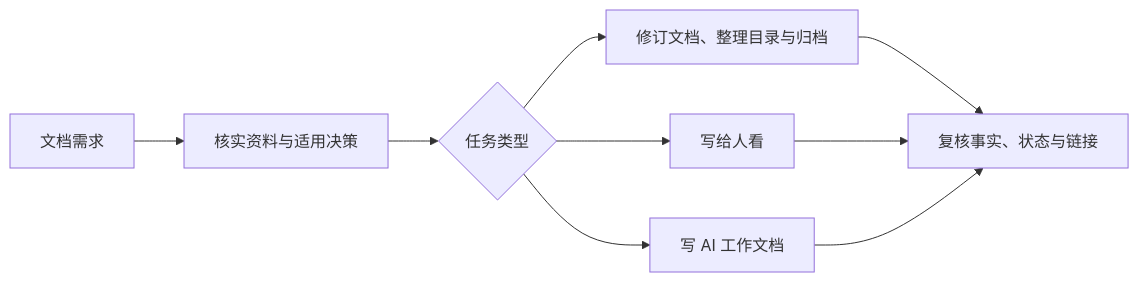
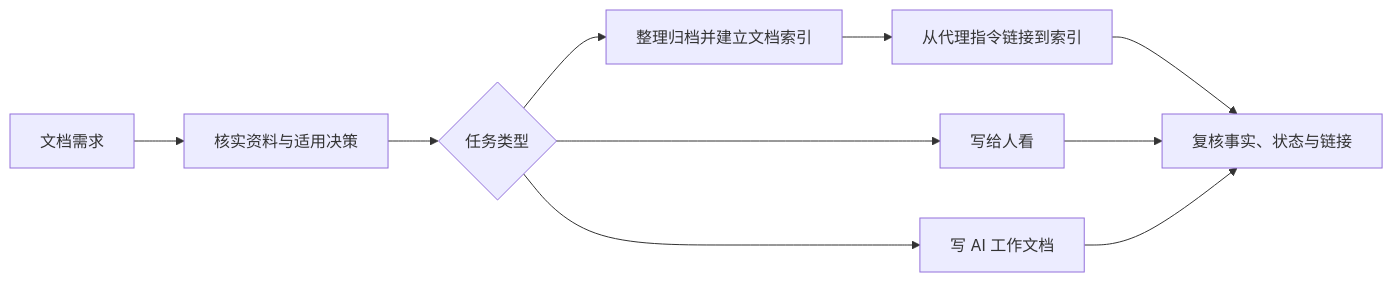
Before and after one commit to Fengerss/project-docs-skill: the diagram in README.md, drawn with Mermaid. The commit also changed other lines of this file and 11 other files, not shown here.

````diff
--- a/README.md
+++ b/README.md
@@ -34,11 +34,12 @@
 ```mermaid
 flowchart LR
     A[文档需求] --> B[核实资料与适用决策]
     B --> C{任务类型}
-    C --> D[修订文档、整理目录与归档]
+    C --> D[整理归档并建立文档索引]
     C --> E[写给人看]
     C --> F[写 AI 工作文档]
-    D --> G[复核事实、状态与链接]
+    D --> H[从代理指令链接到索引]
+    H --> G[复核事实、状态与链接]
     E --> G
     F --> G
 ```
````
